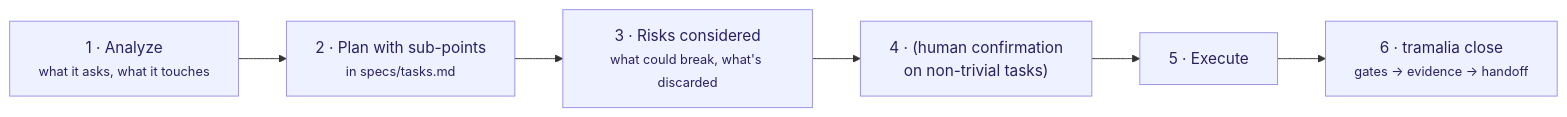
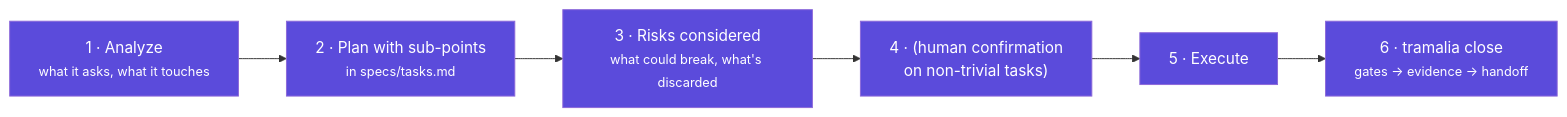
One commit to MscottB/tramalia changed the diagram in docs/como-trabaja-ia.en.md. Above: the diagram before and after it, drawn with Mermaid. The commit also changed 32 other files, not shown here.

First line of the commit message:
feat: v0.33.0 — portada carta de presentación + diagramas dark-mode + aclaración de Cierre

````diff
--- a/docs/como-trabaja-ia.en.md
+++ b/docs/como-trabaja-ia.en.md
@@ -20,9 +20,9 @@
 ```mermaid
 flowchart LR
-    classDef s fill:#eef1ff,stroke:#9a92e8,color:#2a2160;
+    classDef s fill:#5b4bdb,stroke:#8c68d9,color:#ffffff;
     A["1 · Analyze<br/><small>what it asks, what it touches</small>"]:::s --> P["2 · Plan with sub-points<br/><small>in specs/tasks.md</small>"]:::s
     P --> R["3 · Risks considered<br/><small>what could break, what's discarded</small>"]:::s
     R --> C["4 · (human confirmation<br/>on non-trivial tasks)"]:::s
     C --> E["5 · Execute"]:::s
     E --> Z["6 · tramalia close<br/><small>gates → evidence → handoff</small>"]:::s
 ```
````
